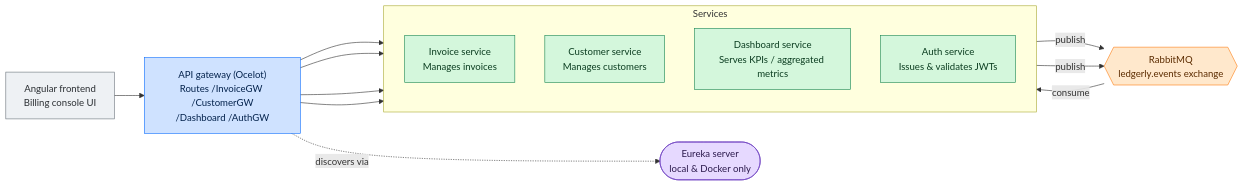
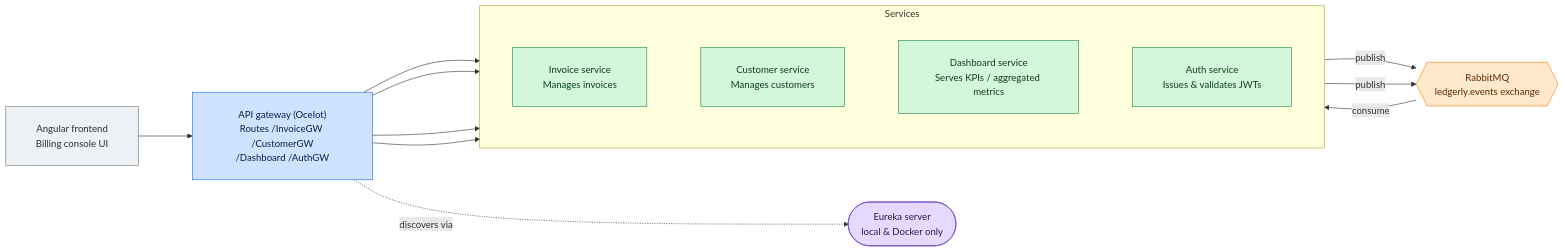
One commit to amrali21/dotnet-angular-microservices-poc changed the diagram in README.md. Above: the diagram before and after it, drawn with Mermaid.

Commit message:
modify readme diagram

````diff
--- a/README.md
+++ b/README.md
@@ -10,40 +10,41 @@
 ```mermaid
+%%{init: {'flowchart': {'nodeSpacing': 90, 'rankSpacing': 90, 'padding': 25}} }%%
 flowchart LR
     FE["Angular frontend<br/>Billing console UI"]
     GW["API gateway (Ocelot)<br/>Routes /InvoiceGW /CustomerGW<br/>/Dashboard /AuthGW"]
     EU(["Eureka server<br/>local &amp; Docker only"])
 
     subgraph SVC["Services"]
         direction TB
         INV["Invoice service<br/>Manages invoices"]
         CUST["Customer service<br/>Manages customers"]
         DASH["Dashboard service<br/>Serves KPIs / aggregated metrics"]
         AUTH["Auth service<br/>Issues &amp; validates JWTs"]
     end
 
     MQ{{"RabbitMQ<br/>ledgerly.events exchange"}}
 
     FE --> GW
     GW --> INV
     GW --> CUST
     GW --> DASH
     GW --> AUTH
 
     INV -- publish --> MQ
     CUST -- publish --> MQ
     MQ -- consume --> DASH
 
     GW -. discovers via .-> EU
 
     classDef gateway fill:#cfe2ff,stroke:#0d6efd,color:#03224c
     classDef services fill:#d4f7dc,stroke:#198754,color:#0b3d20
     classDef discovery fill:#e6d9ff,stroke:#6f42c1,color:#2c1a4d
     classDef messaging fill:#ffe8cc,stroke:#fd7e14,color:#5c2c00
     classDef client fill:#eef1f4,stroke:#6c757d,color:#2b2f33
 
     class FE client
     class GW gateway
     class INV,CUST,DASH,AUTH services
     class EU discovery
     class MQ messaging
 ```
````
